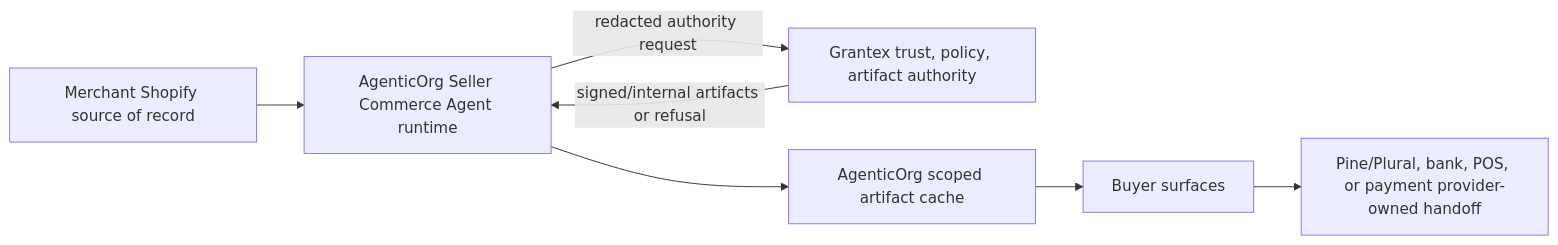
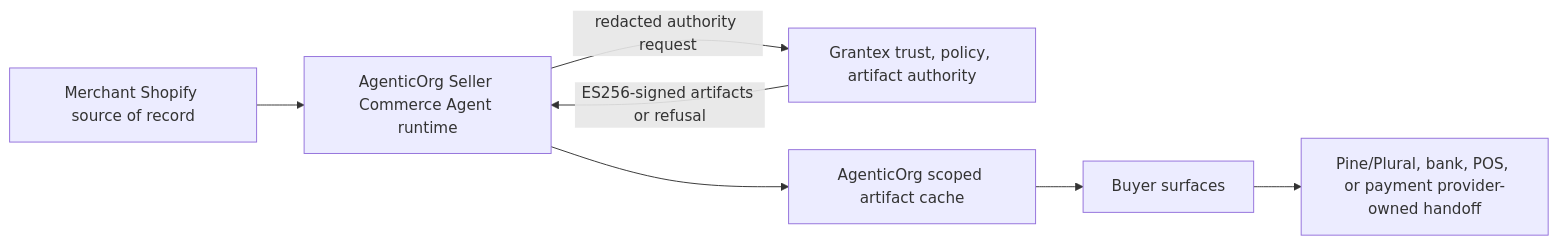
The diagram in docs/guides/oacp/runtime-launch-closure-prd.mdx (mishrasanjeev/grantex), drawn with Mermaid before and after one commit. The commit also changed other lines of this file and 33 other files, not shown here.

Commit message:
feat(oacp): ES256-signed, DB-keyed, persisted and revocable OACP artifacts (G1-G4)

````diff
--- a/docs/guides/oacp/runtime-launch-closure-prd.mdx
+++ b/docs/guides/oacp/runtime-launch-closure-prd.mdx
@@ -14,9 +14,9 @@
 ```mermaid
 flowchart LR
   shopify[Merchant Shopify source of record] --> agentic[AgenticOrg Seller Commerce Agent runtime]
   agentic -->|redacted authority request| grantex[Grantex trust, policy, artifact authority]
-  grantex -->|signed/internal artifacts or refusal| agentic
+  grantex -->|ES256-signed artifacts or refusal| agentic
   agentic --> cache[AgenticOrg scoped artifact cache]
   cache --> buyer[Buyer surfaces]
   buyer --> provider[Pine/Plural, bank, POS, or payment provider-owned handoff]
 ```
````
